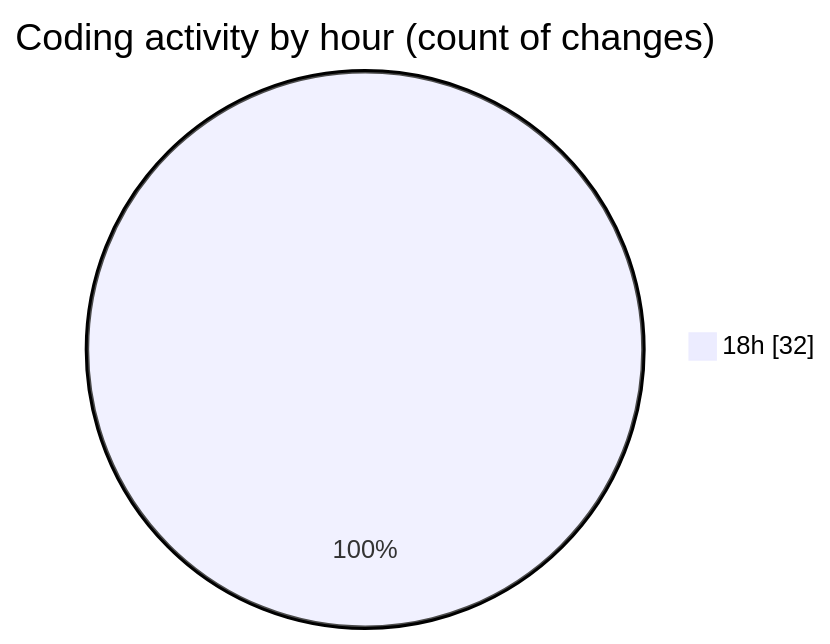
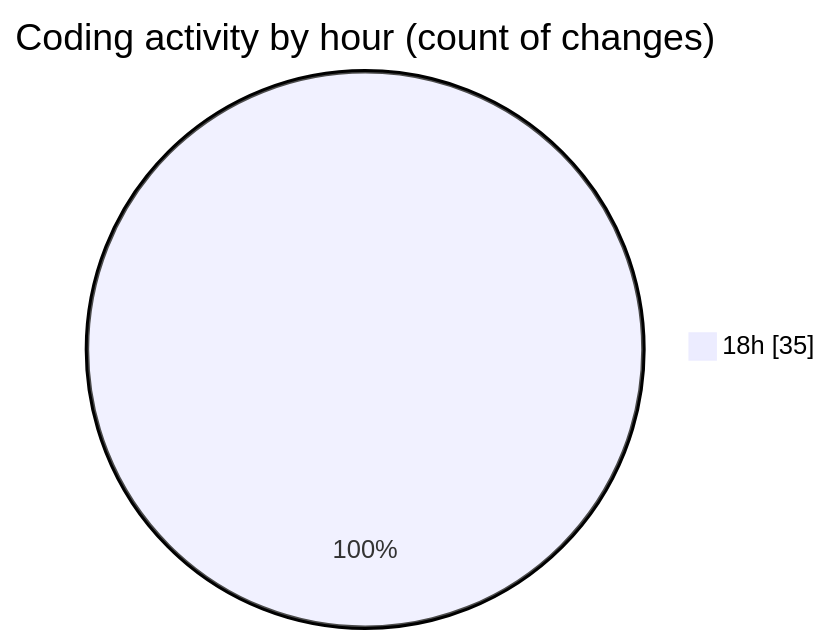
One commit to donsfak/code-tracking changed the second of 2 diagrams in 2025-01-13/trackers_app/README.md. Above: the diagram before and after it, drawn with Mermaid. The commit also changed other lines of this file and 1 other file, not shown here.

````diff
--- a/2025-01-13/trackers_app/README.md
+++ b/2025-01-13/trackers_app/README.md
@@ -30,5 +30,5 @@
 ```mermaid
 pie showData
 title Coding activity by hour (count of changes)
-"18h" : 32
+"18h" : 35
 ```
````
